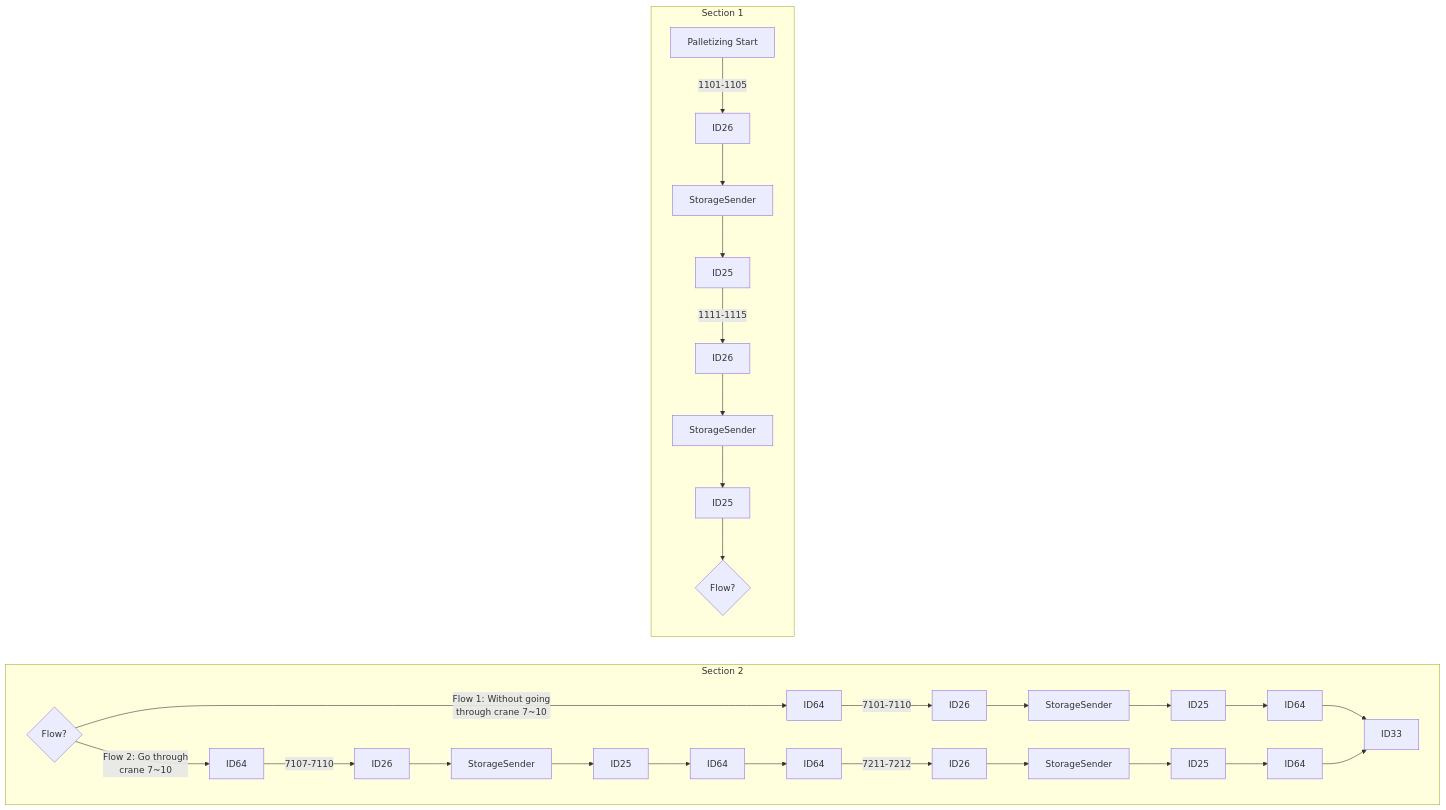
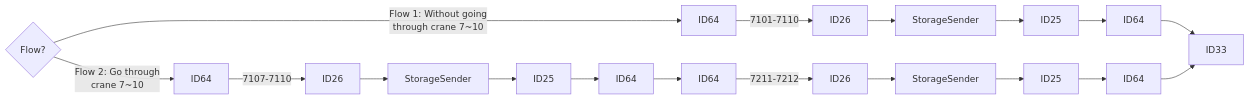
Before and after one commit to luthfiadityaa/SimeDarby-Wiki: the second of 24 diagrams in Basic-Design/DFD-WMS/Storage/Palletizing-Settting/Palletize-Start.md, drawn with Mermaid. The commit also changed other lines of this file, not shown here.

Commit message:
Updated Palletize Start

```diff
--- a/Basic-Design/DFD-WMS/Storage/Palletizing-Settting/Palletize-Start.md
+++ b/Basic-Design/DFD-WMS/Storage/Palletizing-Settting/Palletize-Start.md
@@ -14,25 +13,16 @@
 ::: mermaid
 flowchart LR
 
-subgraph Section 2
-direction LR
 Cond2{Flow?}
 
 Cond2 --> |Flow 1: Without going 
 through crane 7~10| P8[ID64]
 Cond2 --> |Flow 2: Go through 
 crane 7~10| P9[ID64]
 
 P8[ID64]--> |7101-7110| P10[ID26]-->P11[StorageSender]-->P12[ID25]-->P13[ID64]
 P9[ID64]--> |7107-7110| P15[ID26]-->P16[StorageSender]-->P17[ID25]-->P18[ID64]-->P19[ID64]--> |7211-7212| P20[ID26]-->P21[StorageSender]-->P22[ID25]-->P23[ID64]
 
 P13[ID64]-->P14[ID33]
 P23[ID64]-->P14[ID33]
-end
-
-subgraph Section 1
-P1[Palletizing Start]--> |1101-1105| P2[ID26]-->P3[StorageSender]-->P4[ID25]
-P4[ID25]--> |1111-1115| P5[ID26]-->P6[StorageSender]-->P7[ID25]
-P7[ID25]-->Cond1{Flow?} 
-end  
 :::
```
